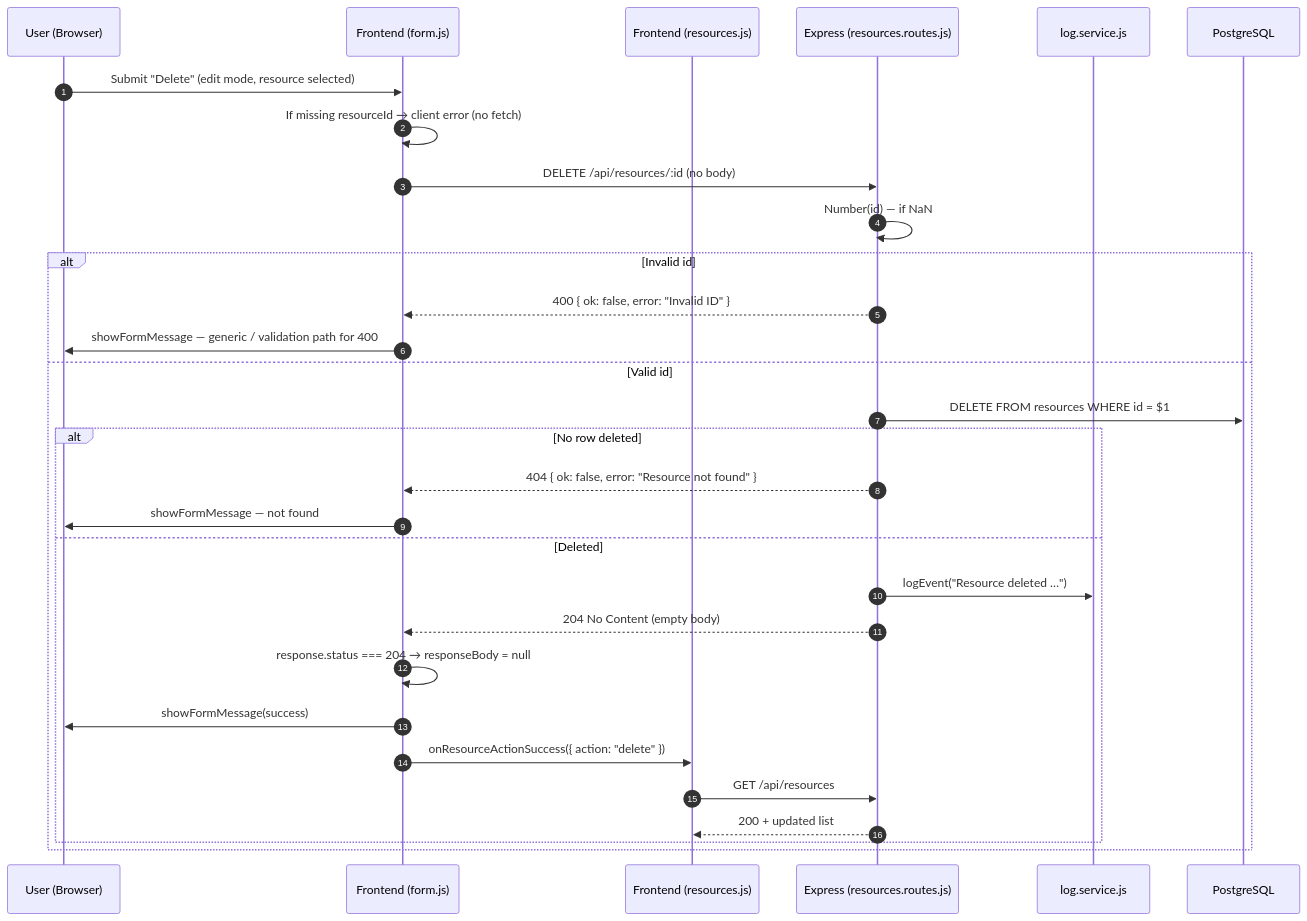
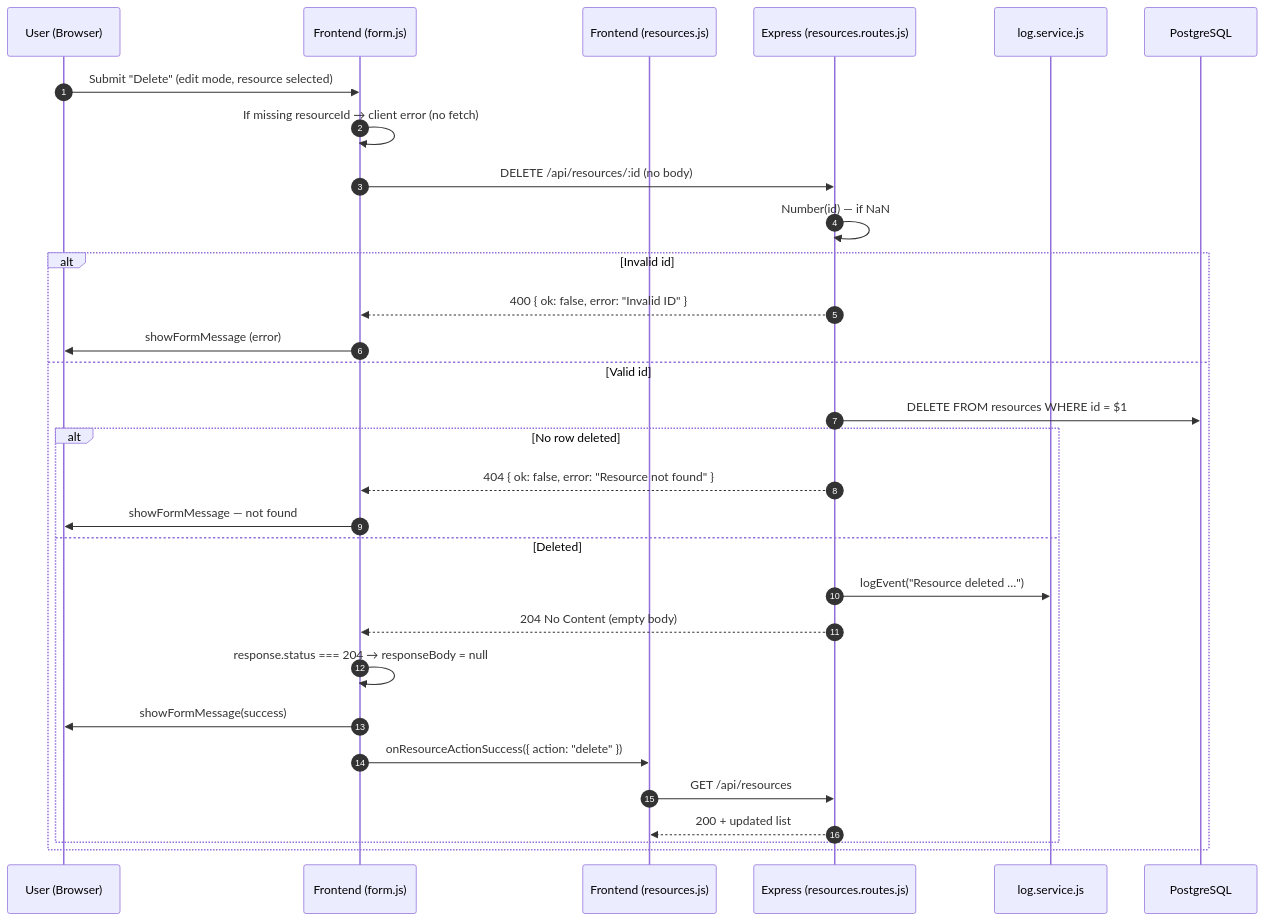
The fourth of 4 diagrams in Phase6/G1_CRUD_DataFlow.md (arifbenarfa/BookingSystem), drawn with Mermaid before and after one commit. The commit also changed other lines of this file, not shown here.

````diff
--- a/Phase6/G1_CRUD_DataFlow.md
+++ b/Phase6/G1_CRUD_DataFlow.md
@@ -149,34 +151,34 @@
 ```mermaid
 sequenceDiagram
     autonumber
     participant U as User (Browser)
     participant F as Frontend (form.js)
     participant R as Frontend (resources.js)
     participant E as Express (resources.routes.js)
     participant L as log.service.js
     participant DB as PostgreSQL
 
     U->>F: Submit "Delete" (edit mode, resource selected)
     F->>F: If missing resourceId → client error (no fetch)
     F->>E: DELETE /api/resources/:id (no body)
 
     E->>E: Number(id) — if NaN
     alt Invalid id
         E-->>F: 400 { ok: false, error: "Invalid ID" }
-        F->>U: showFormMessage — generic / validation path for 400
+        F->>U: showFormMessage (error)
     else Valid id
         E->>DB: DELETE FROM resources WHERE id = $1
         alt No row deleted
             E-->>F: 404 { ok: false, error: "Resource not found" }
             F->>U: showFormMessage — not found
         else Deleted
             E->>L: logEvent("Resource deleted …")
             E-->>F: 204 No Content (empty body)
             F->>F: response.status === 204 → responseBody = null
             F->>U: showFormMessage(success)
             F->>R: onResourceActionSuccess({ action: "delete" })
             R->>E: GET /api/resources
             E-->>R: 200 + updated list
         end
     end
 ```
````
